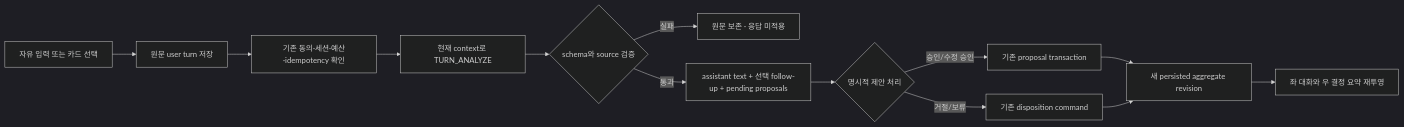
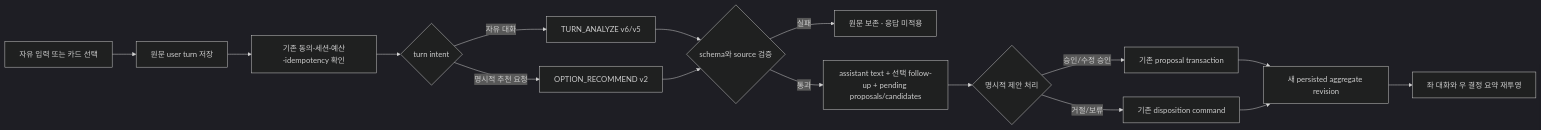
The diagram in docs/tasks/CON-PR-05/plan.md (donghyunlee-dev/ai-agent-blueprint), drawn with Mermaid (dark theme) before and after one commit. The commit also changed other lines of this file and 17 other files, not shown here.

````diff
--- a/docs/tasks/CON-PR-05/plan.md
+++ b/docs/tasks/CON-PR-05/plan.md
@@ -54,15 +54,18 @@
 ```mermaid
 flowchart LR
   A[자유 입력 또는 카드 선택] --> B[원문 user turn 저장]
   B --> C[기존 동의·세션·예산·idempotency 확인]
-  C --> D[현재 context로 TURN_ANALYZE]
-  D --> E{schema와 source 검증}
-  E -- 실패 --> F[원문 보존 · 응답 미적용]
-  E -- 통과 --> G[assistant text + 선택 follow-up + pending proposals]
+  C --> D{turn intent}
+  D -- 자유 대화 --> E[TURN_ANALYZE v6/v5]
+  D -- 명시적 추천 요청 --> R[OPTION_RECOMMEND v2]
+  E --> V{schema와 source 검증}
+  R --> V
+  V -- 실패 --> F[원문 보존 · 응답 미적용]
+  V -- 통과 --> G[assistant text + 선택 follow-up + pending proposals/candidates]
   G --> H{명시적 제안 처리}
   H -- 승인/수정 승인 --> I[기존 proposal transaction]
   H -- 거절/보류 --> J[기존 disposition command]
   I --> K[새 persisted aggregate revision]
   J --> K
   K --> L[좌 대화와 우 결정 요약 재투영]
 ```
````
